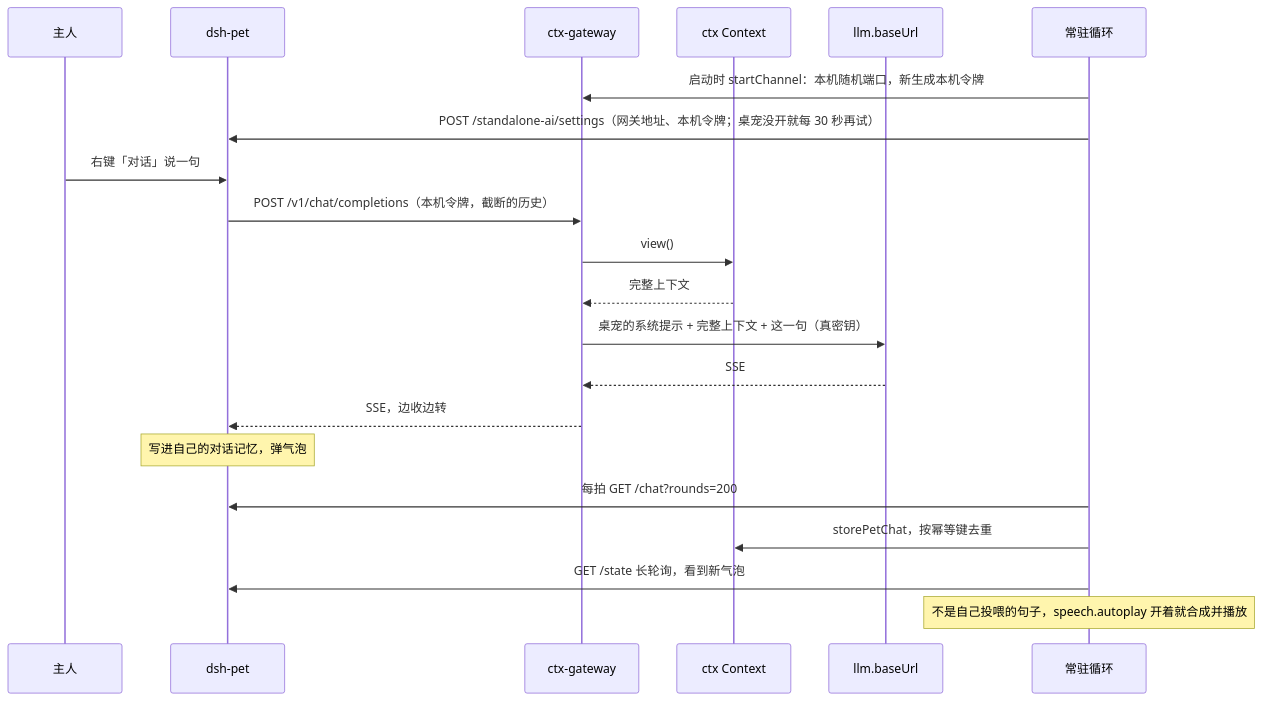
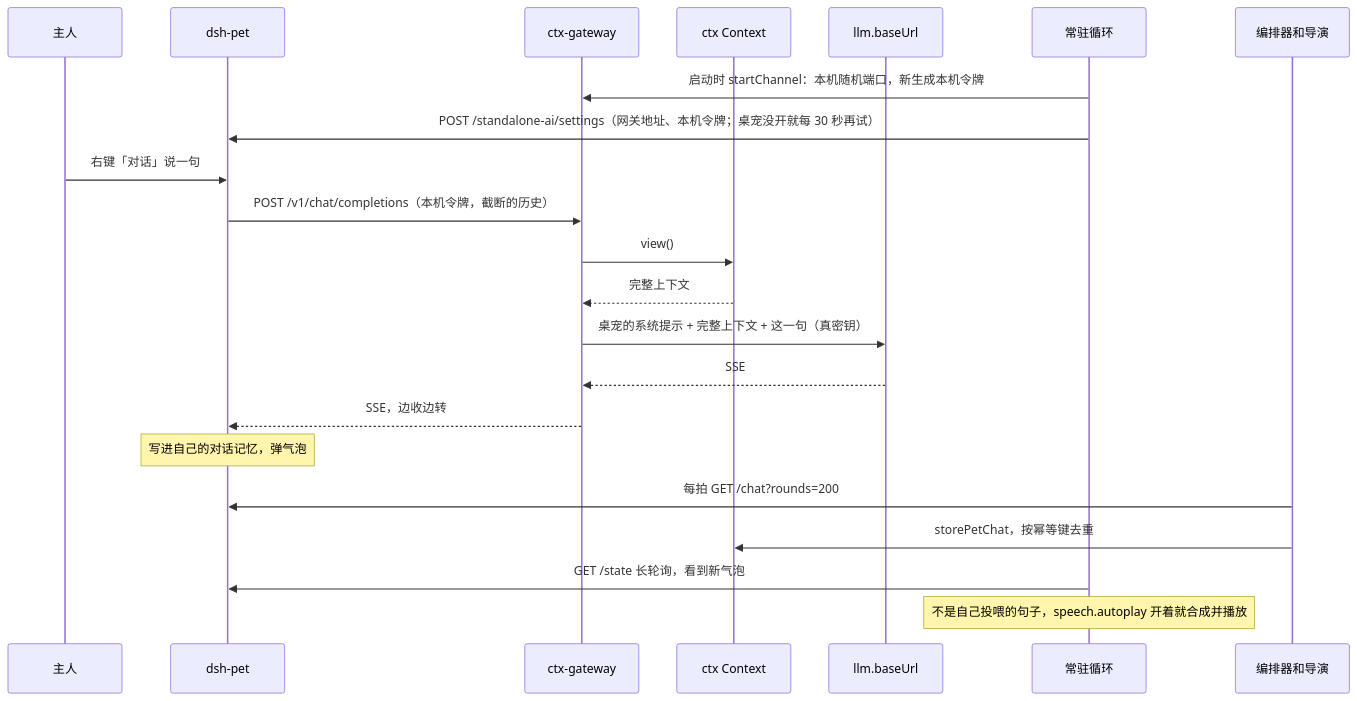
One commit to modelctx-ai/yoyo changed the fifth of 5 diagrams in docs/tech/architecture.md. Above: the diagram before and after it, drawn with Mermaid. The commit also changed other lines of this file and 20 other files, not shown here.

````diff
--- a/docs/tech/architecture.md
+++ b/docs/tech/architecture.md
@@ -215,23 +268,24 @@
 ```mermaid
 sequenceDiagram
   participant User as 主人
   participant Pet as dsh-pet
   participant GW as ctx-gateway
   participant Ctx as ctx Context
   participant Up as llm.baseUrl
   participant Daemon as 常驻循环
+  participant Orch as 编排器和导演
   Daemon->>GW: 启动时 startChannel：本机随机端口，新生成本机令牌
   Daemon->>Pet: POST /standalone-ai/settings（网关地址、本机令牌；桌宠没开就每 30 秒再试）
   User->>Pet: 右键「对话」说一句
   Pet->>GW: POST /v1/chat/completions（本机令牌，截断的历史）
   GW->>Ctx: view()
   Ctx-->>GW: 完整上下文
   GW->>Up: 桌宠的系统提示 + 完整上下文 + 这一句（真密钥）
   Up-->>GW: SSE
   GW-->>Pet: SSE，边收边转
   Note over Pet: 写进自己的对话记忆，弹气泡
-  Daemon->>Pet: 每拍 GET /chat?rounds=200
-  Daemon->>Ctx: storePetChat，按幂等键去重
+  Orch->>Pet: 每拍 GET /chat?rounds=200
+  Orch->>Ctx: storePetChat，按幂等键去重
   Daemon->>Pet: GET /state 长轮询，看到新气泡
   Note over Daemon: 不是自己投喂的句子，speech.autoplay 开着就合成并播放
 ```
````
